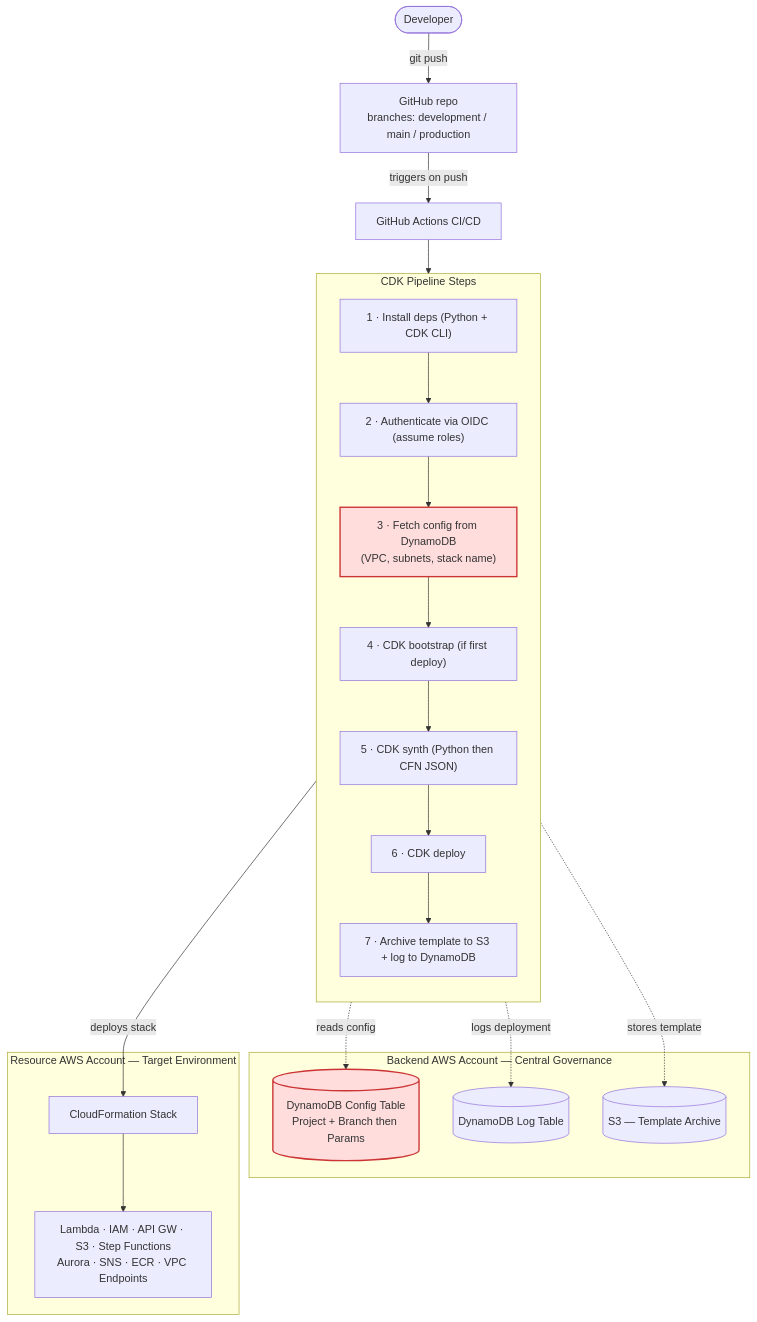
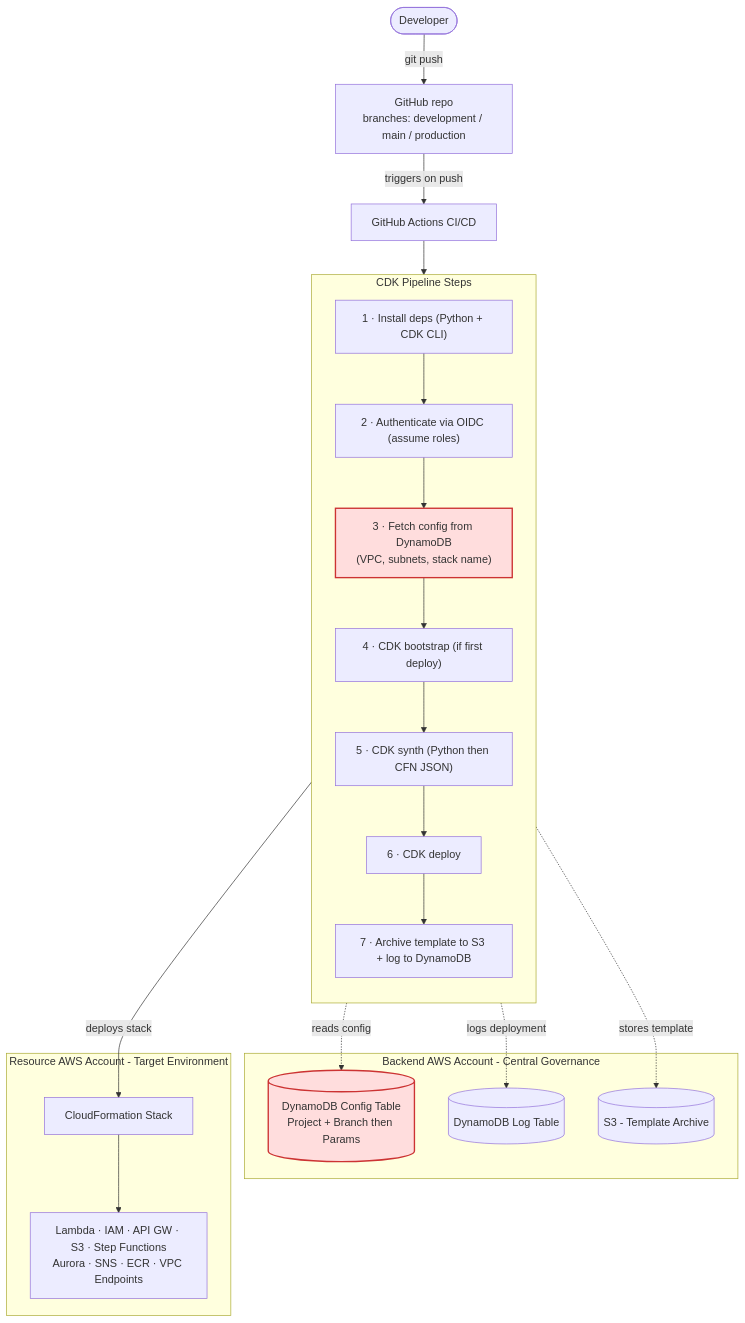
The first of 10 diagrams in docs/architecture.md (michaelfecher/paved-cdk), drawn with Mermaid before and after one commit. The commit also changed other lines of this file and 42 other files, not shown here.

Commit message:
docs: normalize typography to ASCII (no em-dashes, arrows, curly quotes); fix stale test count; regenerate diagrams

````diff
--- a/docs/architecture.md
+++ b/docs/architecture.md
@@ -48,36 +48,36 @@
 ```mermaid
 flowchart TB
   DEV([Developer]) -->|git push| REPO["GitHub repo<br/>branches: development / main / production"]
   REPO -->|triggers on push| GHA["GitHub Actions CI/CD"]
 
-  subgraph gov["Backend AWS Account — Central Governance"]
+  subgraph gov["Backend AWS Account - Central Governance"]
     CFGDB[(DynamoDB Config Table<br/>Project + Branch then Params)]
     LOGDB[(DynamoDB Log Table)]
-    ARCH[(S3 — Template Archive)]
+    ARCH[(S3 - Template Archive)]
   end
 
   subgraph steps["CDK Pipeline Steps"]
     direction TB
     S1["1 · Install deps (Python + CDK CLI)"]
     S2["2 · Authenticate via OIDC (assume roles)"]
     S3["3 · Fetch config from DynamoDB<br/>(VPC, subnets, stack name)"]
     S4["4 · CDK bootstrap (if first deploy)"]
     S5["5 · CDK synth (Python then CFN JSON)"]
     S6["6 · CDK deploy"]
     S7["7 · Archive template to S3 + log to DynamoDB"]
     S1 --> S2 --> S3 --> S4 --> S5 --> S6 --> S7
   end
 
   GHA --> S1
   S3 -.reads config.-> CFGDB
   S7 -.stores template.-> ARCH
   S7 -.logs deployment.-> LOGDB
   S6 -->|deploys stack| CFN["CloudFormation Stack"]
 
-  subgraph res["Resource AWS Account — Target Environment"]
+  subgraph res["Resource AWS Account - Target Environment"]
     CFN --> R["Lambda · IAM · API GW · S3 · Step Functions<br/>Aurora · SNS · ECR · VPC Endpoints"]
   end
 
   classDef bad fill:#fdd,stroke:#c33,stroke-width:2px
   class CFGDB,S3 bad
 ```
````
